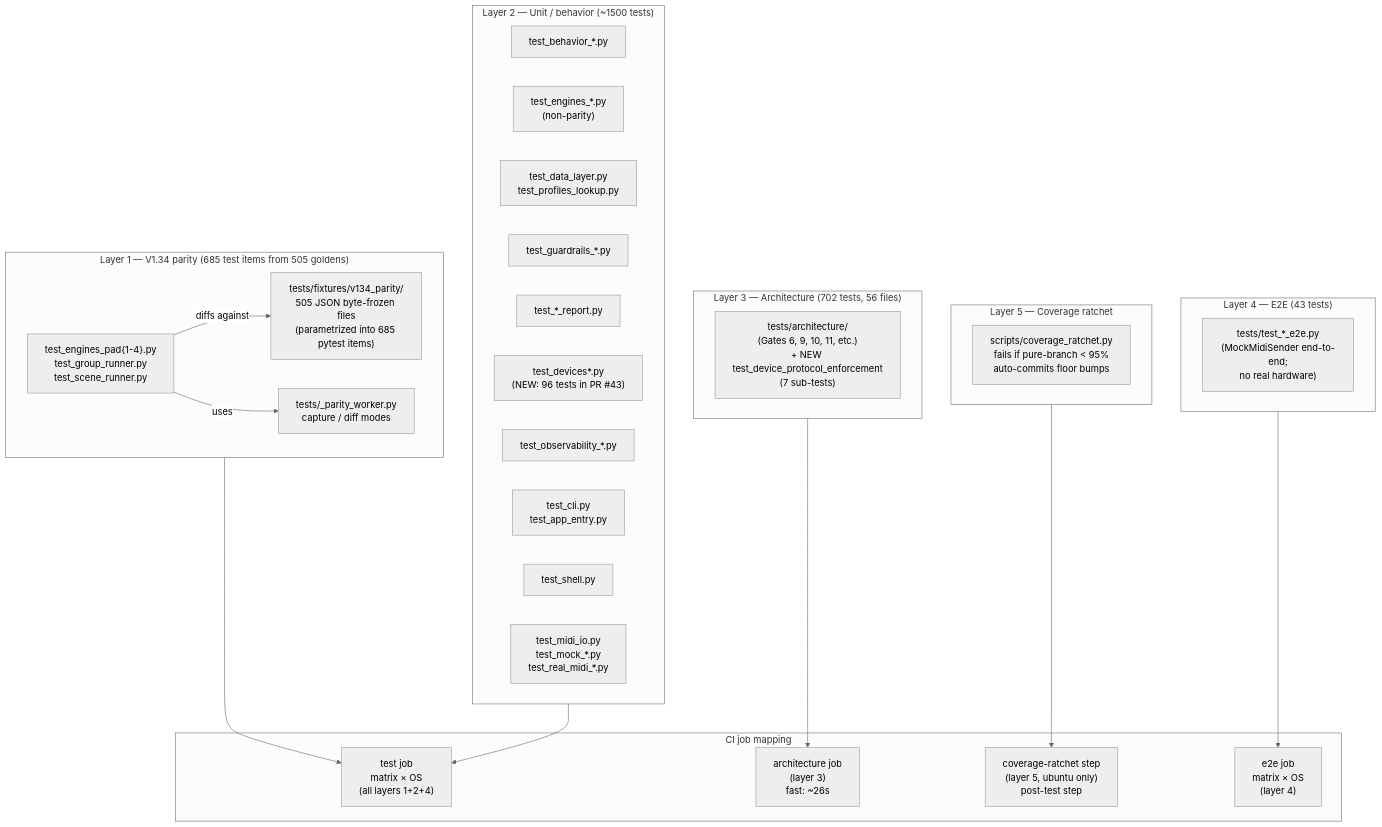
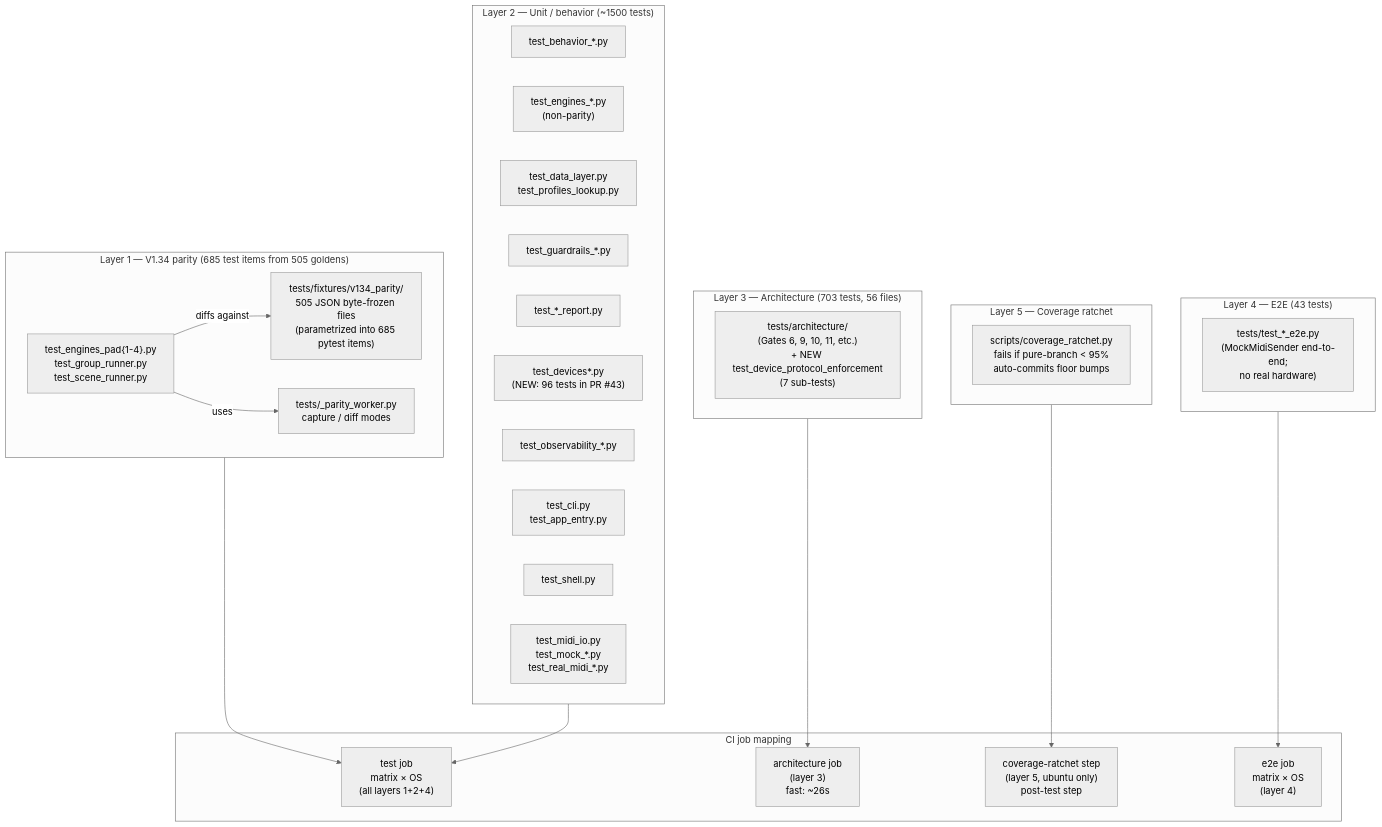
One commit to buzzijose-hub/RytmRandomizer changed diagram 13 of 34 in docs/ARCHITECTURE_DIAGRAMS.md. Above: the diagram before and after it, drawn with Mermaid (neutral theme). The commit also changed other lines of this file and 27 other files, not shown here.

````diff
--- a/docs/ARCHITECTURE_DIAGRAMS.md
+++ b/docs/ARCHITECTURE_DIAGRAMS.md
@@ -978,49 +979,49 @@
 ```mermaid
 flowchart TB
     subgraph Layer1["Layer 1 — V1.34 parity (685 test items from 505 goldens)"]
         Goldens["tests/fixtures/v134_parity/<br/>505 JSON byte-frozen files<br/>(parametrized into 685 pytest items)"]
         ParityTests["test_engines_pad{1-4}.py<br/>test_group_runner.py<br/>test_scene_runner.py"]
         ParityWorker["tests/_parity_worker.py<br/>capture / diff modes"]
     end
 
     subgraph Layer2["Layer 2 — Unit / behavior (~1500 tests)"]
         BehaviorTests["test_behavior_*.py"]
         EngineUnits["test_engines_*.py<br/>(non-parity)"]
         DataTests["test_data_layer.py<br/>test_profiles_lookup.py"]
         GuardrailsTests["test_guardrails_*.py"]
         ReportsTests["test_*_report.py"]
         DeviceTests["test_devices*.py<br/>(NEW: 96 tests in PR #43)"]
         ObservabilityTests["test_observability_*.py"]
         CliTests["test_cli.py<br/>test_app_entry.py"]
         ShellTests["test_shell.py"]
         MidiTests["test_midi_io.py<br/>test_mock_*.py<br/>test_real_midi_*.py"]
     end
 
-    subgraph Layer3["Layer 3 — Architecture (702 tests, 56 files)"]
+    subgraph Layer3["Layer 3 — Architecture (703 tests, 56 files)"]
         ArchTests["tests/architecture/<br/>(Gates 6, 9, 10, 11, etc.)<br/>+ NEW test_device_protocol_enforcement<br/>(7 sub-tests)"]
     end
 
     subgraph Layer4["Layer 4 — E2E (43 tests)"]
         E2ETests["tests/test_*_e2e.py<br/>(MockMidiSender end-to-end;<br/>no real hardware)"]
     end
 
     subgraph Layer5["Layer 5 — Coverage ratchet"]
         CovScript["scripts/coverage_ratchet.py<br/>fails if pure-branch < 95%<br/>auto-commits floor bumps"]
     end
 
     subgraph CIJobs["CI job mapping"]
         TestJob["test job<br/>matrix × OS<br/>(all layers 1+2+4)"]
         ArchJob["architecture job<br/>(layer 3)<br/>fast: ~26s"]
         CovJob["coverage-ratchet step<br/>(layer 5, ubuntu only)<br/>post-test step"]
         E2EJob["e2e job<br/>matrix × OS<br/>(layer 4)"]
     end
 
     Layer1 --> TestJob
     Layer2 --> TestJob
     Layer3 --> ArchJob
     Layer4 --> E2EJob
     Layer5 --> CovJob
 
     ParityTests -->|"diffs against"| Goldens
     ParityTests -->|"uses"| ParityWorker
 ```
````
